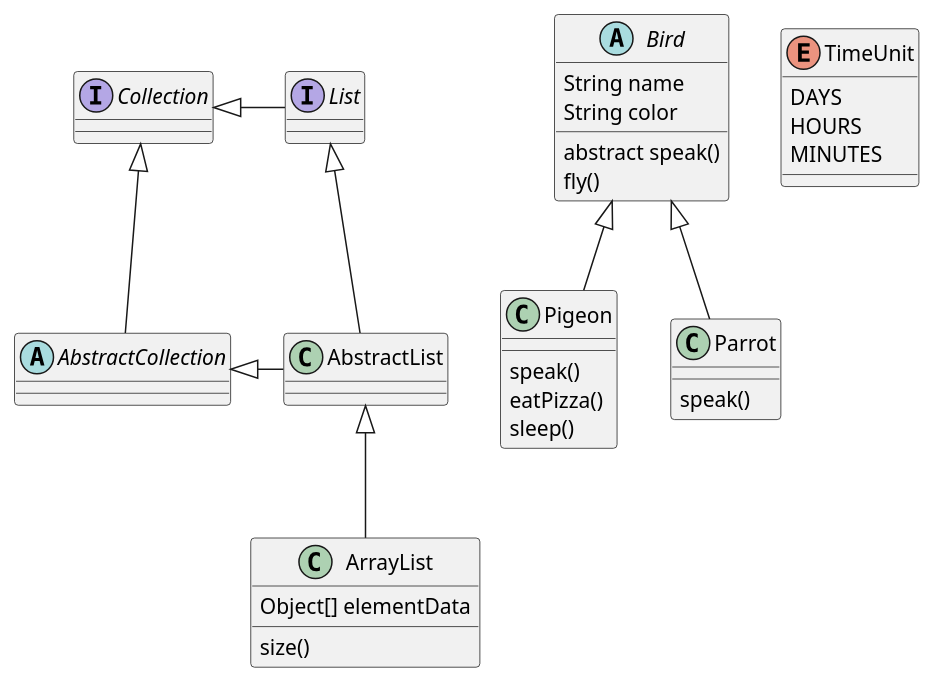
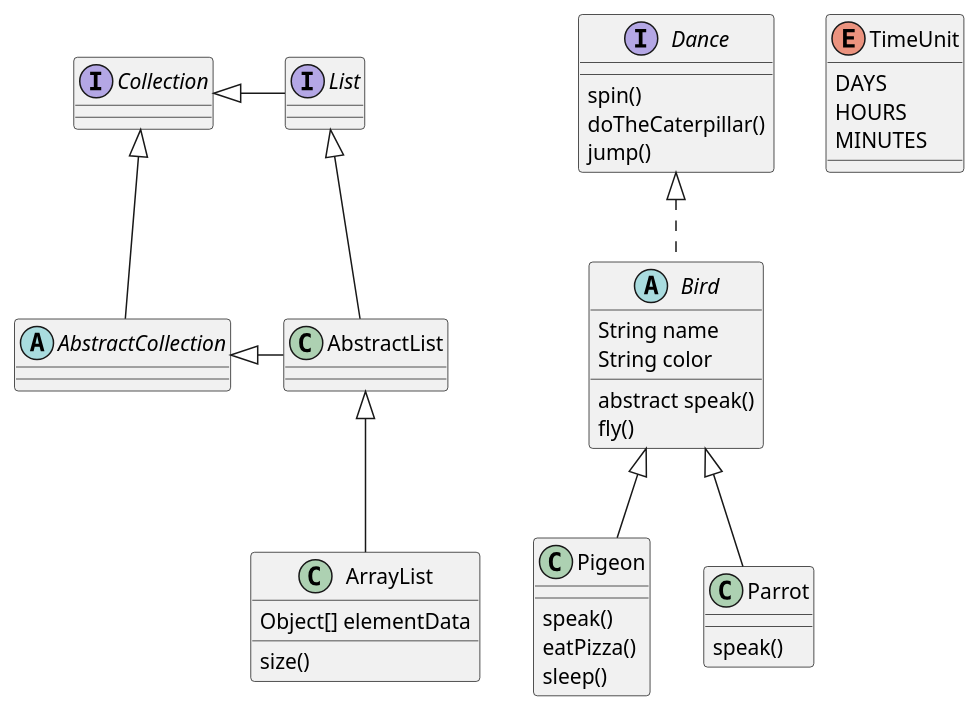
One commit to aparnak22/introduction_to_oop changed the diagram in docs/Bird.puml. Above: the diagram before and after it, drawn with PlantUML. The commit also changed 4 other files, not shown here.

```diff
--- a/docs/Bird.puml
+++ b/docs/Bird.puml
@@ -1,46 +1,52 @@
 @startuml
 'https://plantuml.com/class-diagram
 
-abstract class Bird {
+interface Dance{
+    spin()
+    doTheCaterpillar()
+    jump()
+}
+
+abstract class Bird implements Dance {
    String name
    String color
    abstract speak()
    fly()
  }
 
 class Pigeon {
     speak()
     eatPizza()
     sleep()
 }
 
 class Parrot{
 speak()
 }
 
 Bird <|-- Pigeon
 Bird <|-- Parrot
 
 abstract AbstractCollection
 interface List
 interface Collection
 
 List <|-- AbstractList
 Collection <|-- AbstractCollection
 
 Collection <|- List
 AbstractCollection <|- AbstractList
 AbstractList <|-- ArrayList
 
 class ArrayList {
 Object[] elementData
 size()
 }
 
 enum TimeUnit {
 DAYS
 HOURS
 MINUTES
 }
 
 @enduml
```
